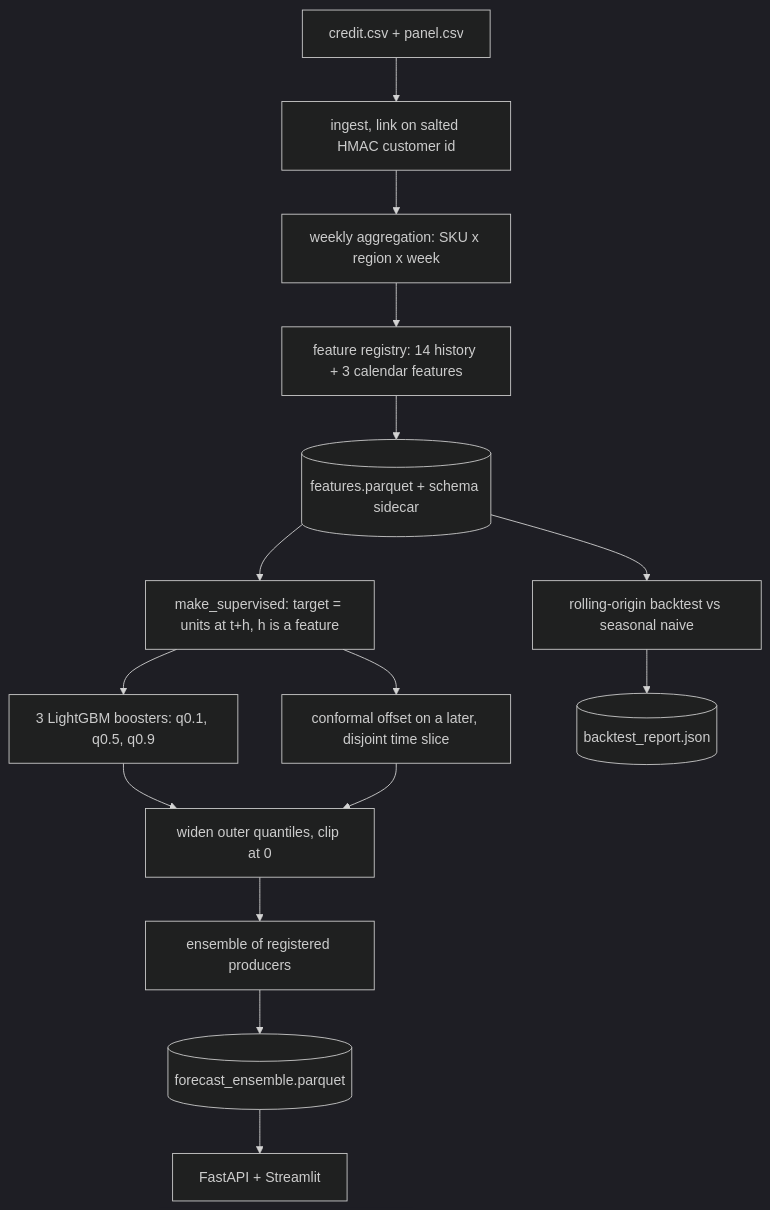
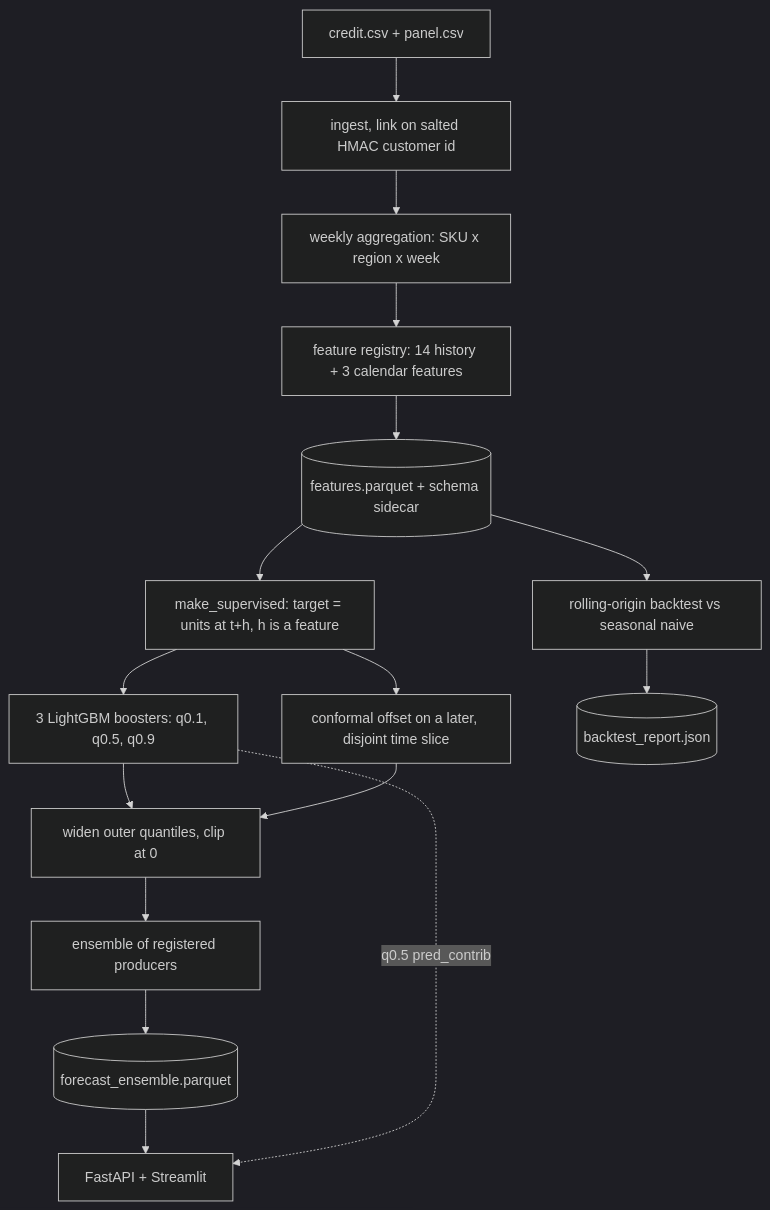
The first of 2 diagrams in README.md (dev-sas002/sales-forecast-ensemble), drawn with Mermaid (dark theme) before and after one commit. The commit also changed other lines of this file and 7 other files, not shown here.

````diff
--- a/README.md
+++ b/README.md
@@ -56,15 +141,16 @@
 ```mermaid
 flowchart TB
     CSV["credit.csv + panel.csv"] --> LNK["ingest, link on salted HMAC customer id"]
     LNK --> WK["weekly aggregation: SKU x region x week"]
     WK --> REG["feature registry: 14 history + 3 calendar features"]
     REG --> FT[("features.parquet + schema sidecar")]
     FT --> SUP["make_supervised: target = units at t+h, h is a feature"]
     SUP --> FIT["3 LightGBM boosters: q0.1, q0.5, q0.9"]
     SUP --> CAL["conformal offset on a later, disjoint time slice"]
     FIT --> W["widen outer quantiles, clip at 0"]
     CAL --> W
     W --> ENS["ensemble of registered producers"] --> OUT[("forecast_ensemble.parquet")]
     OUT --> API["FastAPI + Streamlit"]
+    FIT -. "q0.5 pred_contrib" .-> API
     FT --> BT["rolling-origin backtest vs seasonal naive"] --> RPT[("backtest_report.json")]
 ```
````
